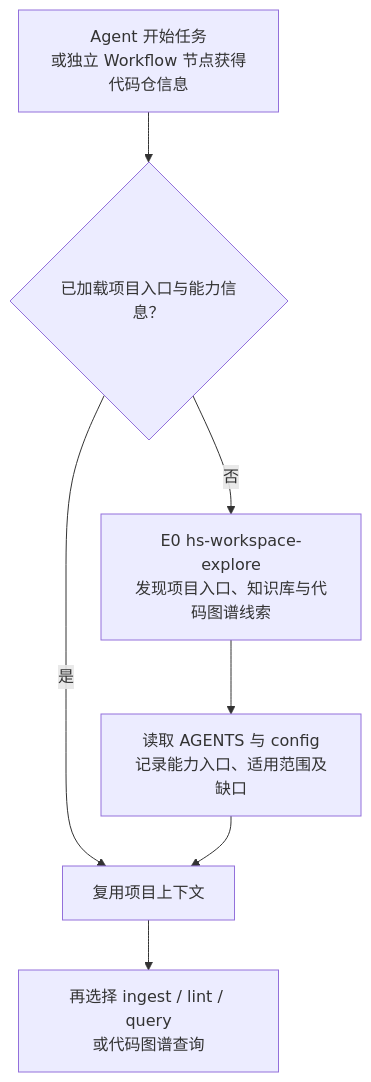
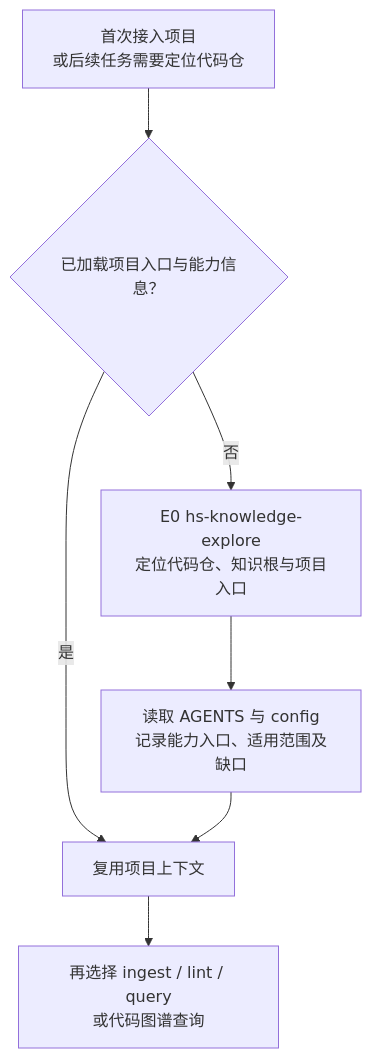
Before and after one commit to Robin-hhc/FactumCore: the first of 26 diagrams in himate-knowledge-wifi-mp/docs-llm-wiki/知识库详细设计.md, drawn with Mermaid. The commit also changed other lines of this file and 183 other files, not shown here.

````diff
--- a/himate-knowledge-wifi-mp/docs-llm-wiki/知识库详细设计.md
+++ b/himate-knowledge-wifi-mp/docs-llm-wiki/知识库详细设计.md
@@ -15,9 +15,9 @@
 ```mermaid
 flowchart TD
-    START["Agent 开始任务<br/>或独立 Workflow 节点获得代码仓信息"] --> KNOWN{"已加载项目入口与能力信息？"}
+    START["首次接入项目<br/>或后续任务需要定位代码仓"] --> KNOWN{"已加载项目入口与能力信息？"}
     KNOWN -->|是| READY["复用项目上下文"]
-    KNOWN -->|否| E0["E0 hs-workspace-explore<br/>发现项目入口、知识库与代码图谱线索"]
+    KNOWN -->|否| E0["E0 hs-knowledge-explore<br/>定位代码仓、知识根与项目入口"]
     E0 --> LOAD["读取 AGENTS 与 config<br/>记录能力入口、适用范围及缺口"]
     LOAD --> READY
     READY --> CMD["再选择 ingest / lint / query<br/>或代码图谱查询"]
 ```
````
